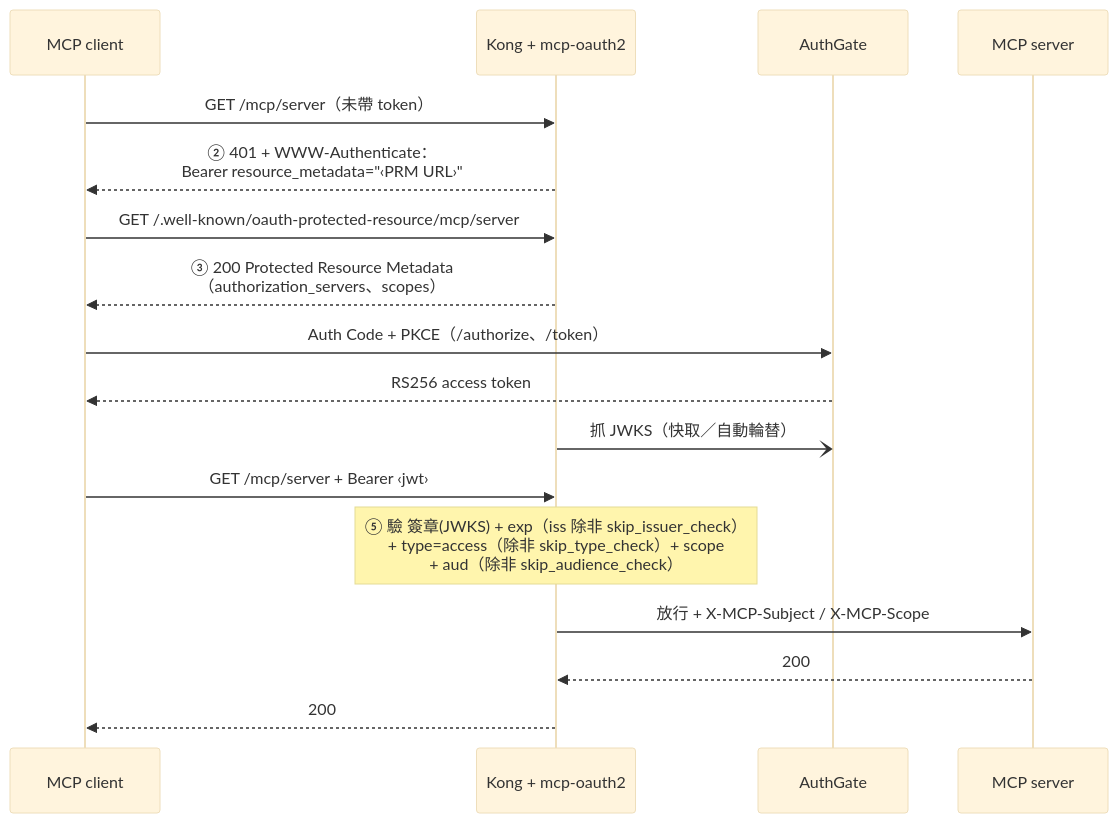
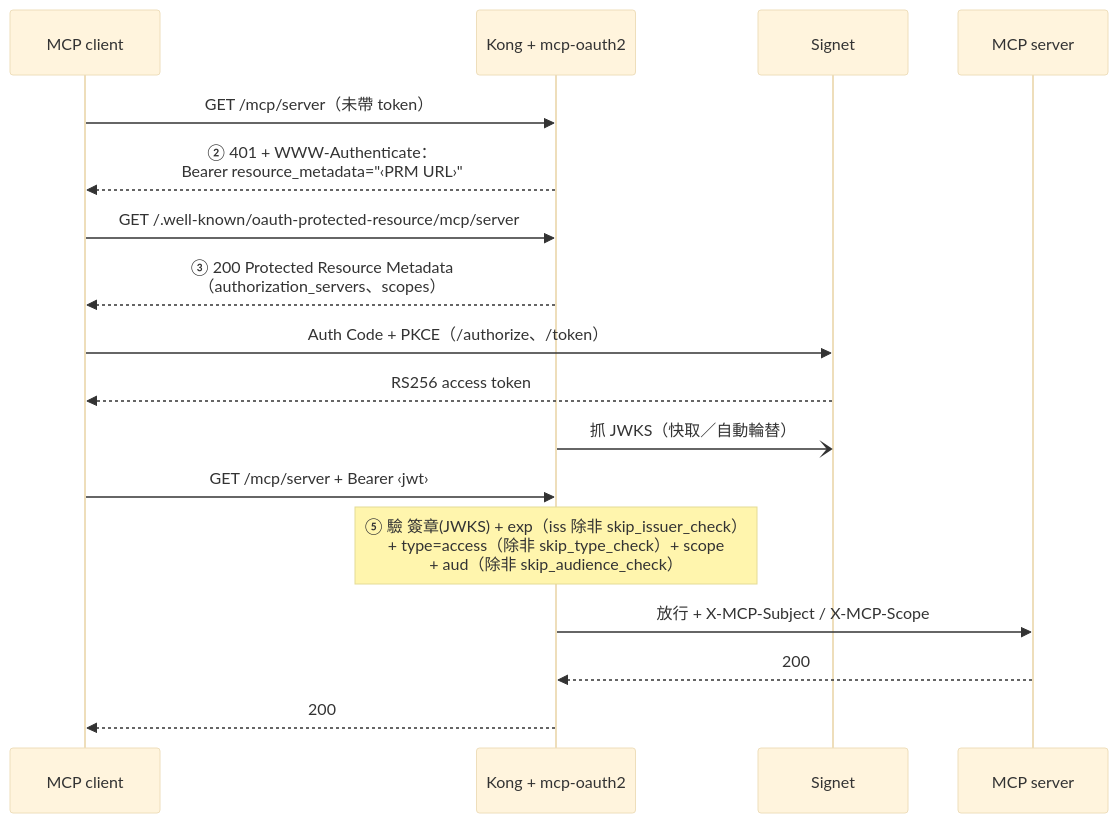
The second of 2 diagrams in README.zh-TW.md (go-authgate/kong-mcp-oauth2), drawn with Mermaid (base theme) before and after one commit. The commit also changed other lines of this file and 13 other files, not shown here.

First line of the commit message:
docs: rename AuthGate to Signet and link go-signet repo (#7)

````diff
--- a/README.zh-TW.md
+++ b/README.zh-TW.md
@@ -56,20 +56,20 @@
 ```mermaid
 sequenceDiagram
     participant C as MCP client
     participant K as Kong + mcp-oauth2
-    participant A as AuthGate
+    participant A as Signet
     participant M as MCP server
 
     C->>K: GET /mcp/server（未帶 token）
     K-->>C: ② 401 + WWW-Authenticate：<br/>Bearer resource_metadata="‹PRM URL›"
     C->>K: GET /.well-known/oauth-protected-resource/mcp/server
     K-->>C: ③ 200 Protected Resource Metadata<br/>（authorization_servers、scopes）
     C->>A: Auth Code + PKCE（/authorize、/token）
     A-->>C: RS256 access token
     K-)A: 抓 JWKS（快取／自動輪替）
     C->>K: GET /mcp/server + Bearer ‹jwt›
     Note over K: ⑤ 驗 簽章(JWKS) + exp（iss 除非 skip_issuer_check）<br/>+ type=access（除非 skip_type_check）+ scope<br/>+ aud（除非 skip_audience_check）
     K->>M: 放行 + X-MCP-Subject / X-MCP-Scope
     M-->>K: 200
     K-->>C: 200
 ```
````
